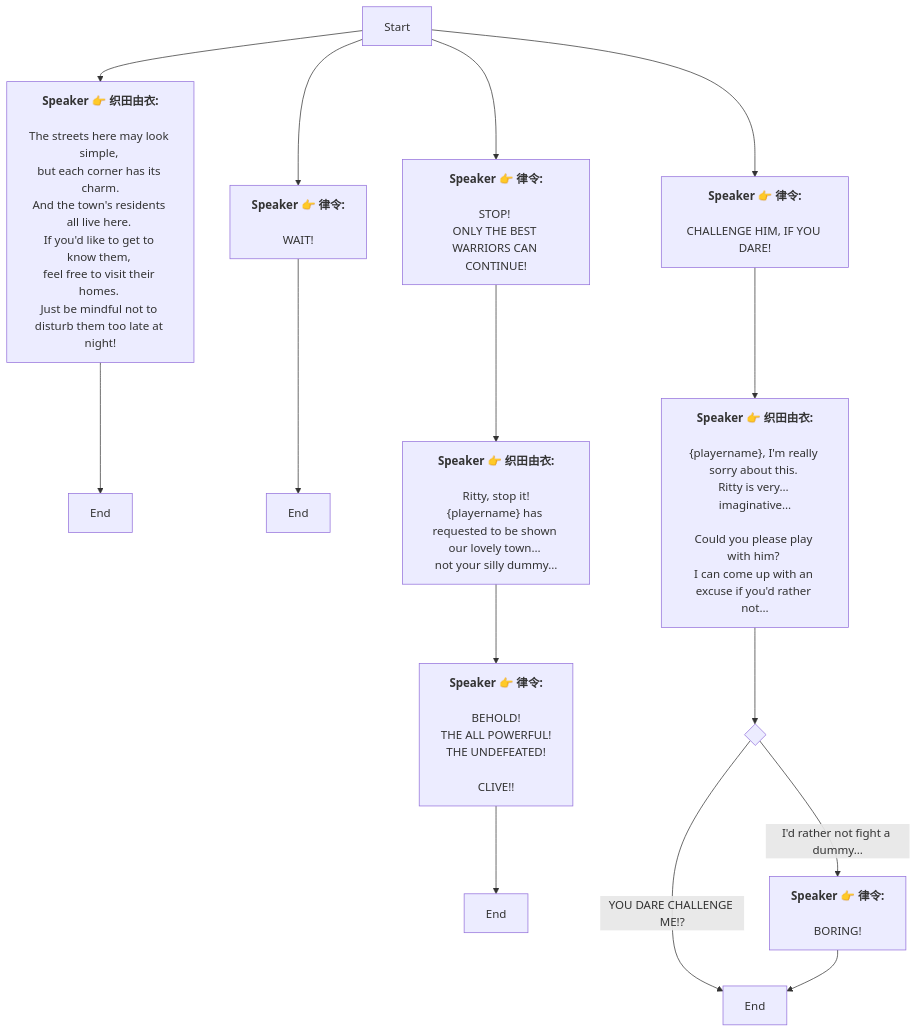
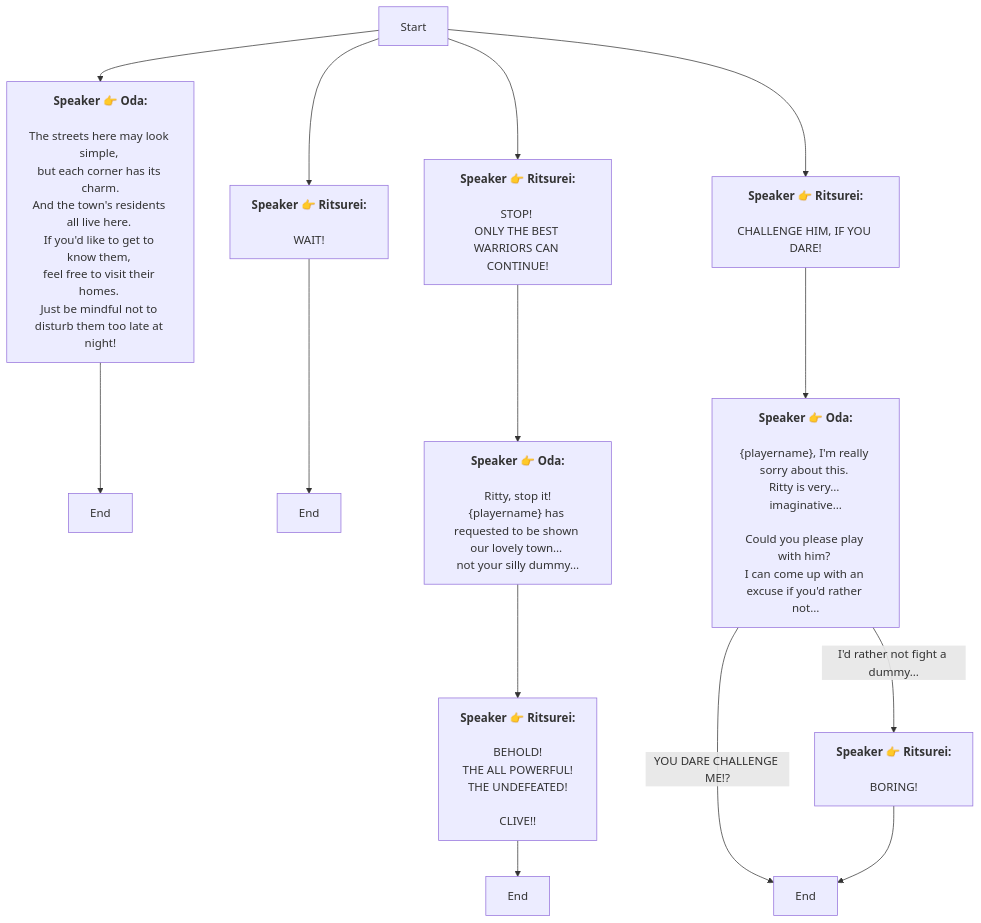
One commit to SoftHu/tos_avg changed the diagram in Zh/CombatTurtoril.md. Above: the diagram before and after it, drawn with Mermaid. The commit also changed 737 other files, not shown here.

````diff
--- a/Zh/CombatTurtoril.md
+++ b/Zh/CombatTurtoril.md
@@ -1,51 +1,37 @@
 ```mermaid
 graph
-Start -->1772262741393622[<b>Speaker 👉 织田由衣:</b>
-
-The streets here may look simple, 
-but each corner has its charm.
-And the town's residents all live here. 
+Start -->1772262741393622[<b>Speaker 👉 Oda:</b>
+\nThe streets here may look simple, 
+but each corner has its charm.\nAnd the town's residents all live here. 
 If you'd like to get to know them, 
-feel free to visit their homes. 
-Just be mindful not to disturb them too late at night!]
+feel free to visit their homes. \nJust be mindful not to disturb them too late at night!]
 1772262741393622 -->1772262541380816[End]
-Start -->1772262747816151[<b>Speaker 👉 律令:</b>
-
-WAIT!]
+Start -->1772262747816151[<b>Speaker 👉 Ritsurei:</b>
+\nWAIT!]
 1772262747816151 -->1772262613523667[End]
-Start -->1772263197206745[<b>Speaker 👉 律令:</b>
-
-STOP! 
+Start -->1772263197206745[<b>Speaker 👉 Ritsurei:</b>
+\nSTOP! 
 ONLY THE BEST WARRIORS CAN CONTINUE!]
-1772263197206745 -->1772263214340314[<b>Speaker 👉 织田由衣:</b>
-
-Ritty, stop it!
-&lbrace;playername&rbrace; has requested to be shown our lovely town… 
+1772263197206745 -->1772263214340314[<b>Speaker 👉 Oda:</b>
+\nRitty, stop it!\n&lbrace;playername&rbrace; has requested to be shown our lovely town… 
 not your silly dummy…
 ]
-1772263214340314 -->1772263235548379[<b>Speaker 👉 律令:</b>
-
-BEHOLD!
+1772263214340314 -->1772263235548379[<b>Speaker 👉 Ritsurei:</b>
+\nBEHOLD!
 THE ALL POWERFUL!
 THE UNDEFEATED!
-
-CLIVE!!]
+\nCLIVE!!]
 1772263235548379 -->1772262614885588[End]
-Start -->1772263278895325[<b>Speaker 👉 律令:</b>
-
-CHALLENGE HIM, IF YOU DARE!]
-1772263278895325 -->1772263289583838[<b>Speaker 👉 织田由衣:</b>
-
-&lbrace;playername&rbrace;, I'm really sorry about this. 
+Start -->1772263278895325[<b>Speaker 👉 Ritsurei:</b>
+\nCHALLENGE HIM, IF YOU DARE!]
+1772263278895325 -->1772263289583838[<b>Speaker 👉 Oda:</b>
+\n&lbrace;playername&rbrace;, I'm really sorry about this. 
 Ritty is very… imaginative…
-
-Could you please play with him? 
+\nCould you please play with him? 
 I can come up with an excuse if you'd rather not…]
-1772263289583838 -->1772263321881823{ }
-1772263321881823 -->|YOU DARE CHALLENGE ME!?|1772263349988581[End]
-1772263321881823 -->|I'd rather not fight a dummy…|1772606331544823[<b>Speaker 👉 律令:</b>
-
-BORING!]
+1772263289583838 -->|YOU DARE CHALLENGE ME!?|1772263349988581[End]
+1772263289583838 -->|I'd rather not fight a dummy…|1772606331544823[<b>Speaker 👉 Ritsurei:</b>
+\nBORING!]
 1772606331544823 -->1772263349988581[End]
 
- ```
+```
````
